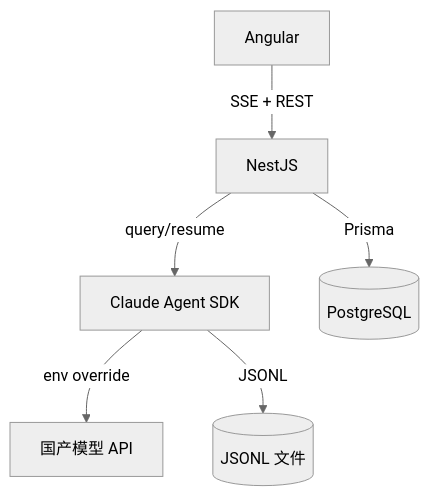
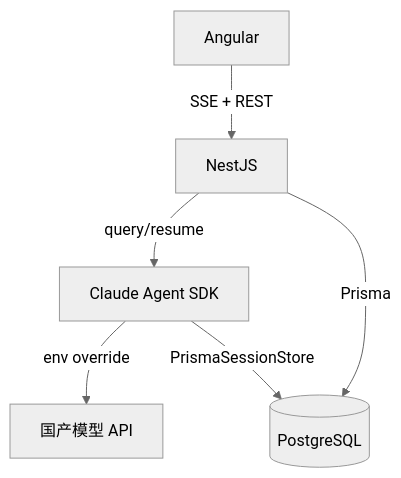
Before and after one commit to billkang/oceanus: the diagram in .deepstorm/context.md, drawn with Mermaid (neutral theme). The commit also changed other lines of this file and 76 other files, not shown here.

````diff
--- a/.deepstorm/context.md
+++ b/.deepstorm/context.md
@@ -34,8 +34,8 @@
 ```mermaid
 graph TD
     Frontend[Angular] -->|SSE + REST| Backend[NestJS]
     Backend -->|query/resume| SDK[Claude Agent SDK]
     SDK -->|env override| AI[国产模型 API]
     Backend -->|Prisma| DB[(PostgreSQL)]
-    SDK -->|JSONL| File[(JSONL 文件)]
+    SDK -->|PrismaSessionStore| DB
 ```
````
